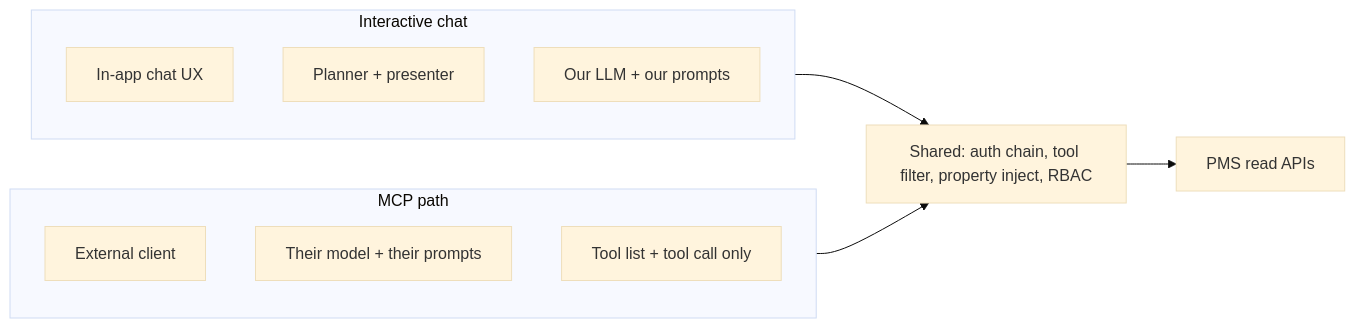
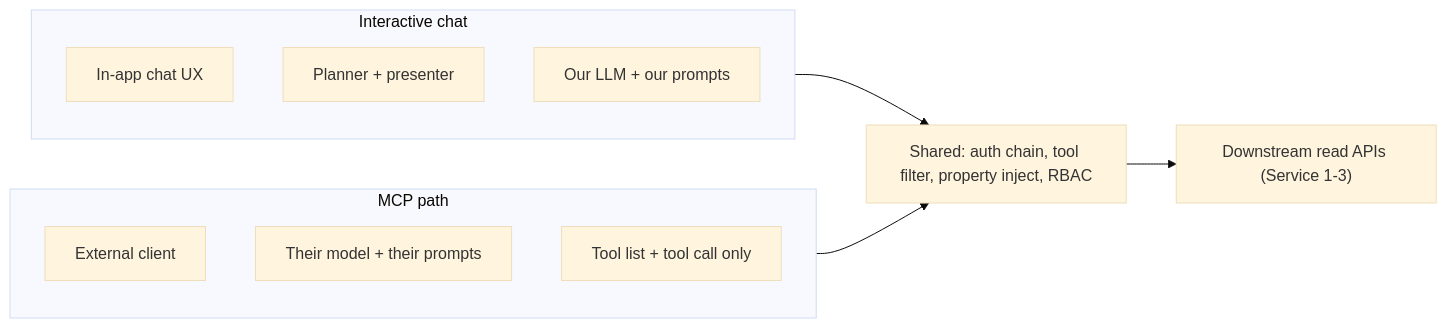
One commit to sahsisunny/Personal-Portfolio changed the first of 10 diagrams in content/blog/hotel-pms-mcp-tool-server.mdx. Above: the diagram before and after it, drawn with Mermaid (base theme). The commit also changed other lines of this file and 5 other files, not shown here.

Commit message:
refactor(content): anonymize internal service names to Service 1/2/3 and fix sequence diagram syntax

````diff
--- a/content/blog/hotel-pms-mcp-tool-server.mdx
+++ b/content/blog/hotel-pms-mcp-tool-server.mdx
@@ -40,18 +40,18 @@
 ```mermaid
 flowchart LR
   subgraph Chat["Interactive chat"]
     UX["In-app chat UX"]
     P["Planner + presenter"]
     M1["Our LLM + our prompts"]
   end
 
   subgraph MCP["MCP path"]
     C["External client"]
     M2["Their model + their prompts"]
     T["Tool list + tool call only"]
   end
 
   Chat --> ENG["Shared: auth chain, tool filter, property inject, RBAC"]
   MCP --> ENG
-  ENG --> PMS["PMS read APIs"]
+  ENG --> PMS["Downstream read APIs (Service 1-3)"]
 ```
````
